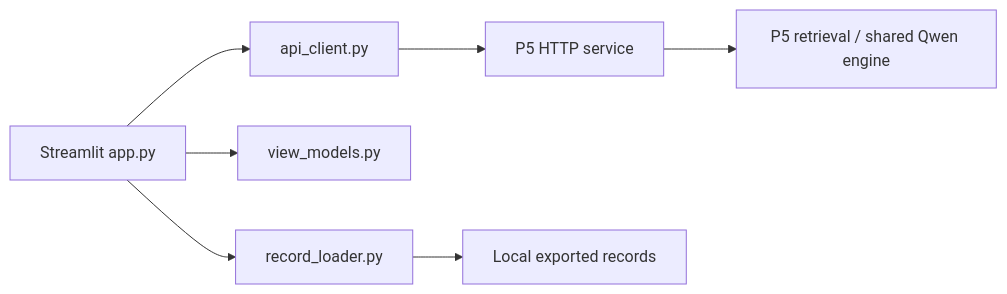
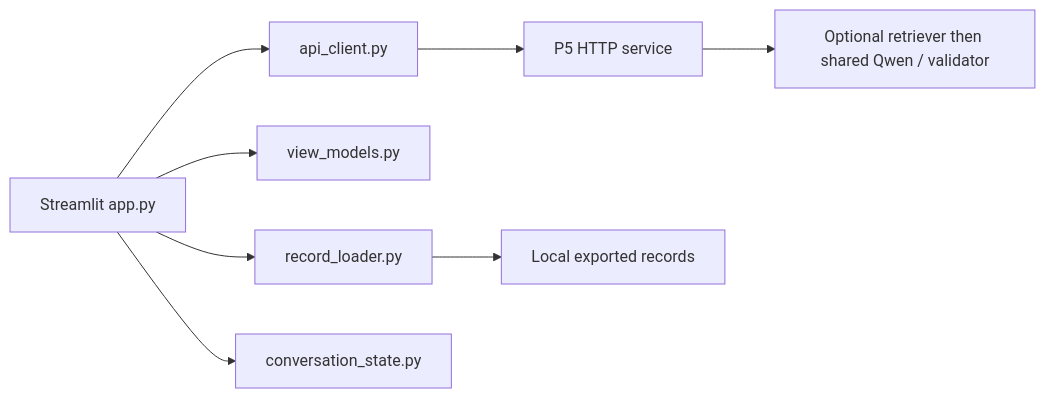
One commit to CodeByVish/papergap-rag changed the diagram in docs/P6/UI_PORT_REQUIREMENTS.md. Above: the diagram before and after it, drawn with Mermaid. The commit also changed other lines of this file and 7 other files, not shown here.

````diff
--- a/docs/P6/UI_PORT_REQUIREMENTS.md
+++ b/docs/P6/UI_PORT_REQUIREMENTS.md
@@ -76,9 +85,10 @@
 ```mermaid
 flowchart LR
     UI[Streamlit app.py] --> C[api_client.py]
     UI --> V[view_models.py]
     UI --> R[record_loader.py]
+    UI --> S[conversation_state.py]
     C --> API[P5 HTTP service]
     R --> F[Local exported records]
-    API --> Q[P5 retrieval / shared Qwen engine]
+    API --> Q[Optional retriever then shared Qwen / validator]
 ```
````
